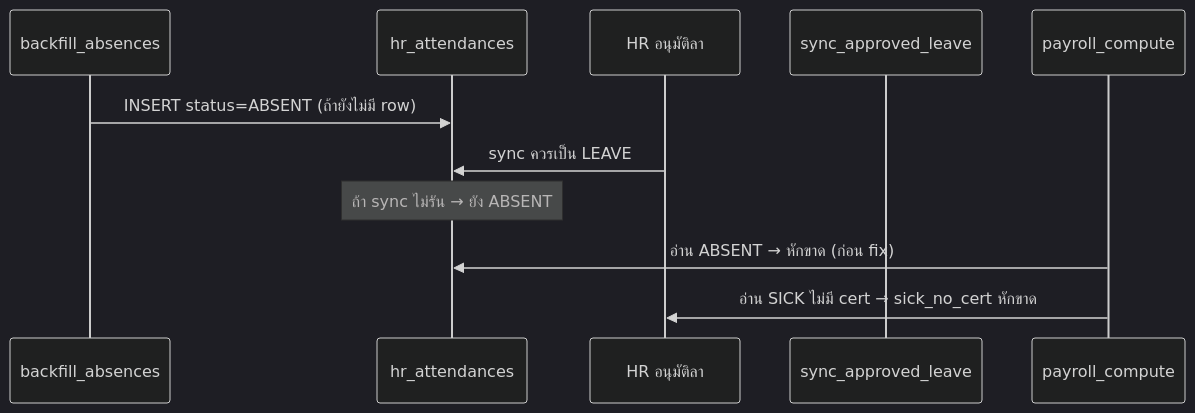
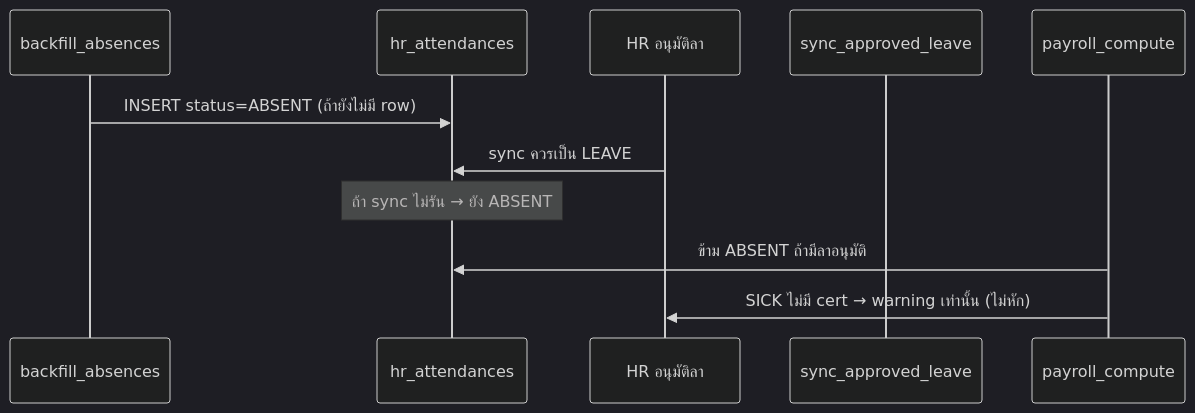
Before and after one commit to sakonwanth/tp-hr: the diagram in docs/AUDIT_PAYROLL_ABSENCE_FULL_2026-05-25.md, drawn with Mermaid (dark theme). The commit also changed other lines of this file and 3 other files, not shown here.

````diff
--- a/docs/AUDIT_PAYROLL_ABSENCE_FULL_2026-05-25.md
+++ b/docs/AUDIT_PAYROLL_ABSENCE_FULL_2026-05-25.md
@@ -123,14 +126,14 @@
 ```mermaid
 sequenceDiagram
     participant Cron as backfill_absences
     participant Att as hr_attendances
     participant HR as HR อนุมัติลา
     participant Sync as sync_approved_leave
     participant Pay as payroll_compute
 
     Cron->>Att: INSERT status=ABSENT (ถ้ายังไม่มี row)
     HR->>Att: sync ควรเป็น LEAVE
     Note over Att: ถ้า sync ไม่รัน → ยัง ABSENT
-    Pay->>Att: อ่าน ABSENT → หักขาด (ก่อน fix)
-    Pay->>HR: อ่าน SICK ไม่มี cert → sick_no_cert หักขาด
+    Pay->>Att: ข้าม ABSENT ถ้ามีลาอนุมัติ
+    Pay->>HR: SICK ไม่มี cert → warning เท่านั้น (ไม่หัก)
 ```
````
